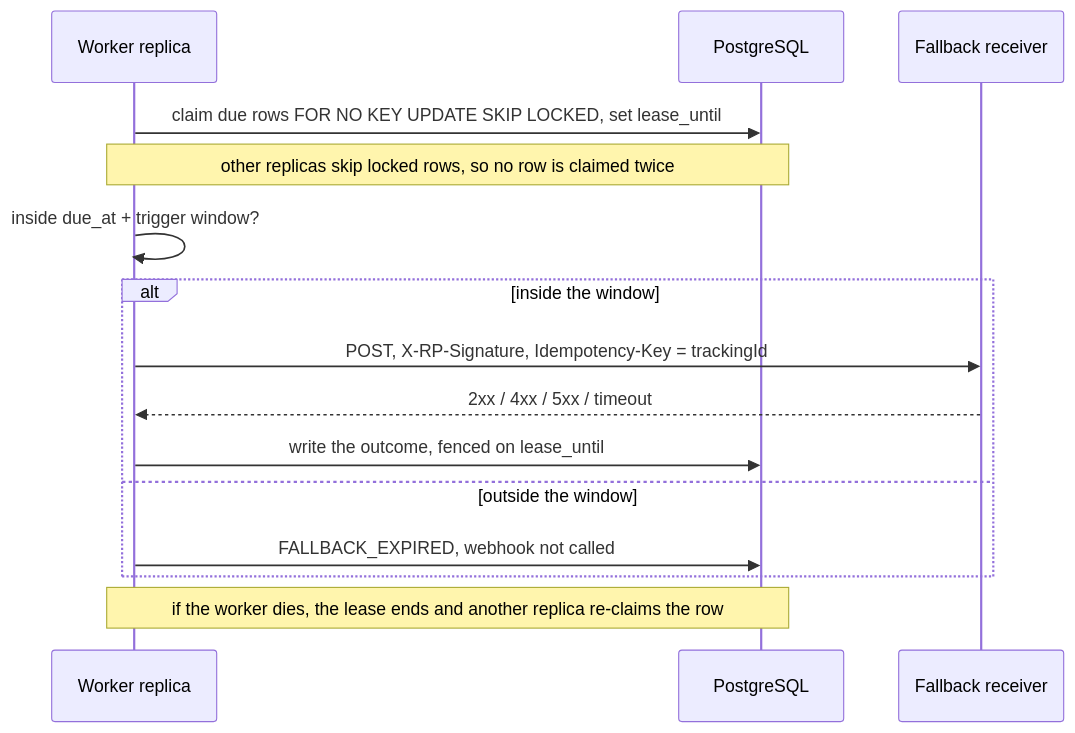
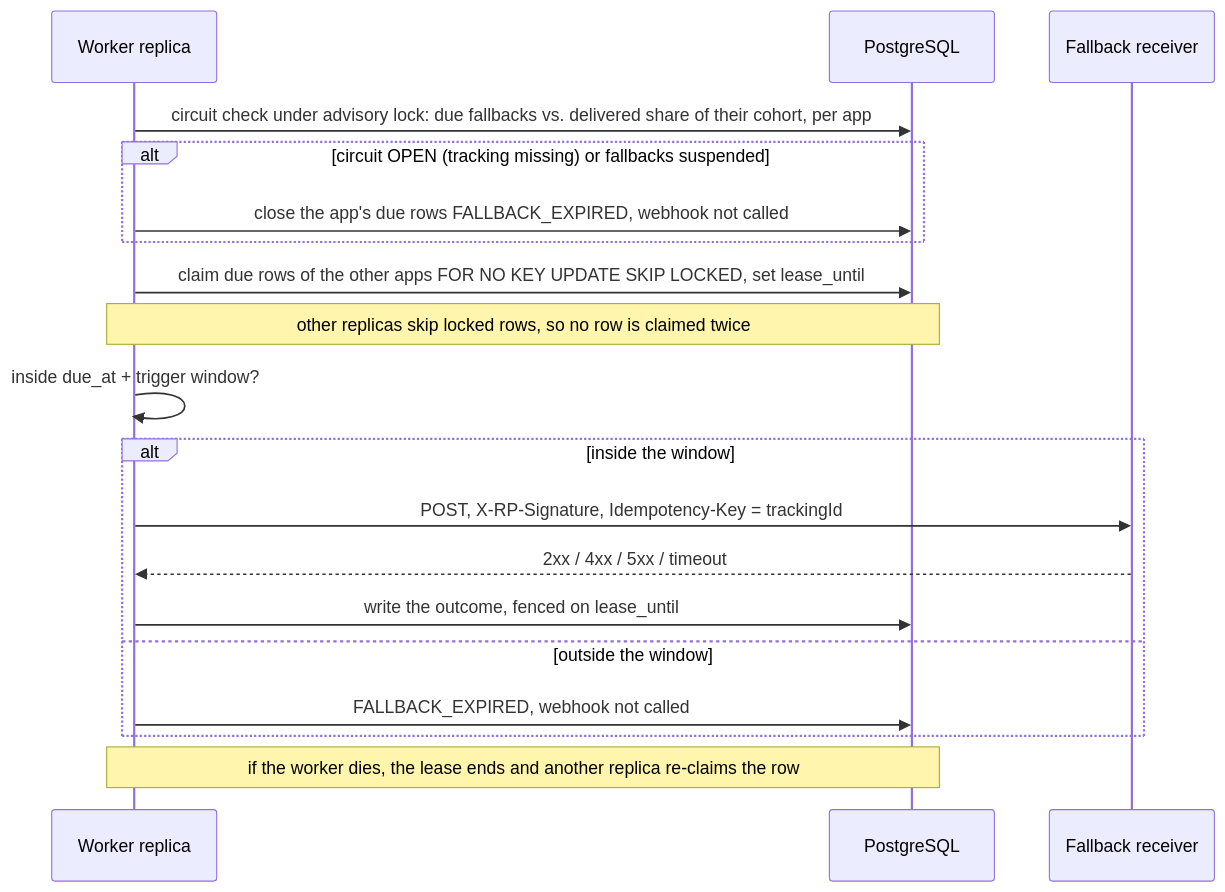
Before and after one commit to valentirob/reliable-push: the sixth of 13 diagrams in docs/overview.md, drawn with Mermaid. The commit also changed other lines of this file and 22 other files, not shown here.

First line of the commit message:
docs: fallback circuit breaker

````diff
--- a/docs/overview.md
+++ b/docs/overview.md
@@ -174,17 +180,21 @@
 ```mermaid
 sequenceDiagram
   participant W as Worker replica
   participant DB as PostgreSQL
   participant FR as Fallback receiver
-  W->>DB: claim due rows FOR NO KEY UPDATE SKIP LOCKED, set lease_until
+  W->>DB: circuit check under advisory lock: due fallbacks vs. delivered share of their cohort, per app
+  alt circuit OPEN (tracking missing) or fallbacks suspended
+    W->>DB: close the app's due rows FALLBACK_EXPIRED, webhook not called
+  end
+  W->>DB: claim due rows of the other apps FOR NO KEY UPDATE SKIP LOCKED, set lease_until
   Note over W,DB: other replicas skip locked rows, so no row is claimed twice
   W->>W: inside due_at + trigger window?
   alt inside the window
     W->>FR: POST, X-RP-Signature, Idempotency-Key = trackingId
     FR-->>W: 2xx / 4xx / 5xx / timeout
     W->>DB: write the outcome, fenced on lease_until
   else outside the window
     W->>DB: FALLBACK_EXPIRED, webhook not called
   end
   Note over W,DB: if the worker dies, the lease ends and another replica re-claims the row
 ```
````
